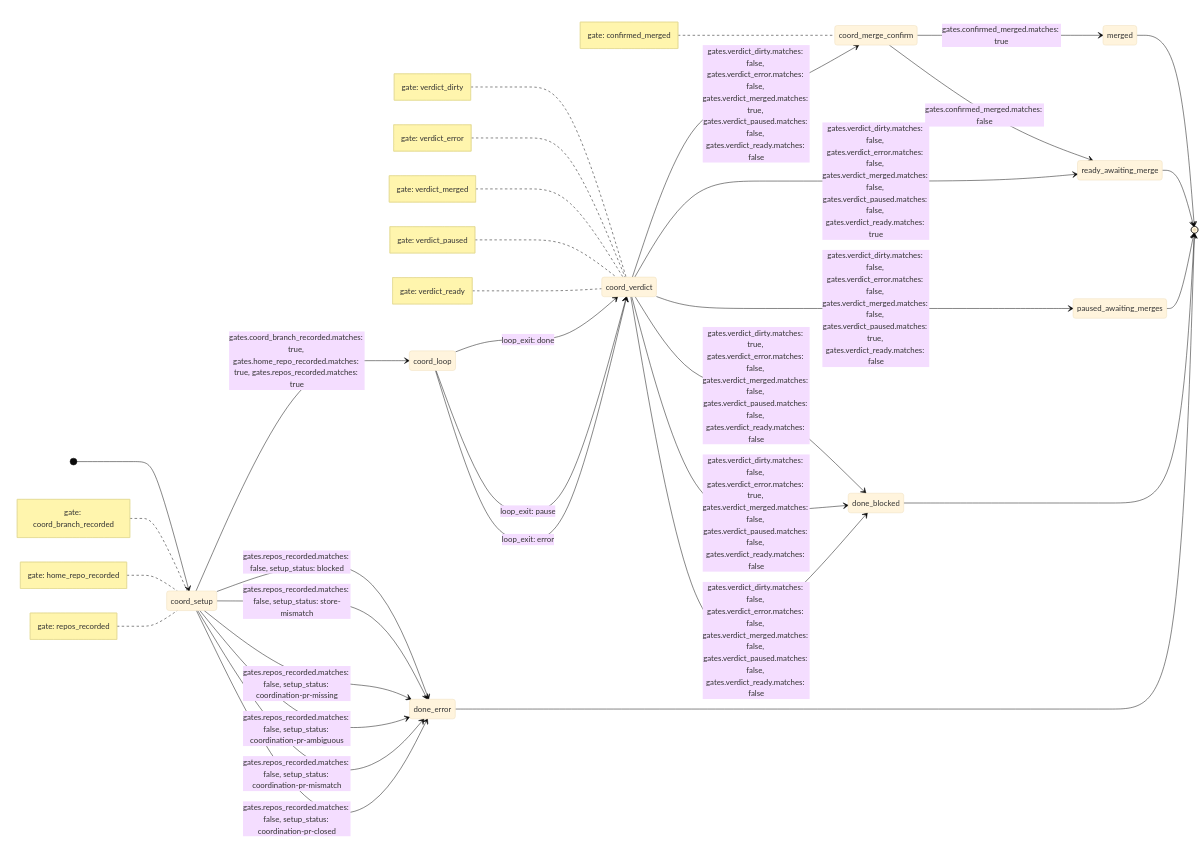
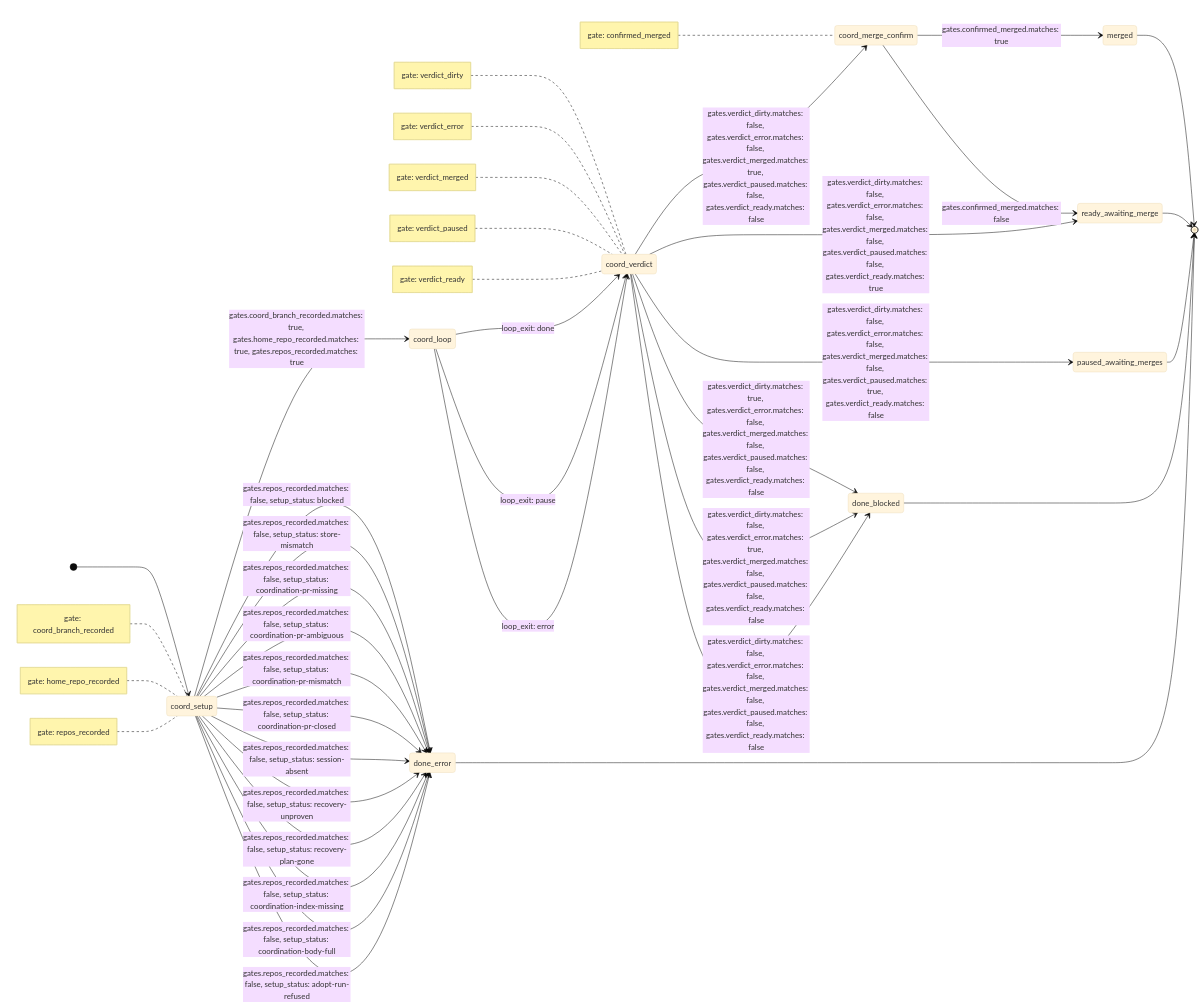
Before and after one commit to tsukumogami/shirabe: the diagram in skills/execute/koto-templates/execute-coordinated.mermaid.md, drawn with Mermaid (base theme). The commit also changed 1 other file, not shown here.

Commit message:
fix(execute): regenerate the coordinated diagram and keep "merged" to its two meanings

````diff
--- a/skills/execute/koto-templates/execute-coordinated.mermaid.md
+++ b/skills/execute/koto-templates/execute-coordinated.mermaid.md
@@ -1,55 +1,61 @@
 ```mermaid
 stateDiagram-v2
     direction LR
     [*] --> coord_setup
     coord_loop --> coord_verdict : loop_exit: done
     coord_loop --> coord_verdict : loop_exit: pause
     coord_loop --> coord_verdict : loop_exit: error
     coord_merge_confirm --> merged : gates.confirmed_merged.matches: true
     coord_merge_confirm --> ready_awaiting_merge : gates.confirmed_merged.matches: false
     coord_setup --> coord_loop : gates.coord_branch_recorded.matches: true, gates.home_repo_recorded.matches: true, gates.repos_recorded.matches: true
     coord_setup --> done_error : gates.repos_recorded.matches: false, setup_status: blocked
     coord_setup --> done_error : gates.repos_recorded.matches: false, setup_status: store-mismatch
     coord_setup --> done_error : gates.repos_recorded.matches: false, setup_status: coordination-pr-missing
     coord_setup --> done_error : gates.repos_recorded.matches: false, setup_status: coordination-pr-ambiguous
     coord_setup --> done_error : gates.repos_recorded.matches: false, setup_status: coordination-pr-mismatch
     coord_setup --> done_error : gates.repos_recorded.matches: false, setup_status: coordination-pr-closed
+    coord_setup --> done_error : gates.repos_recorded.matches: false, setup_status: session-absent
+    coord_setup --> done_error : gates.repos_recorded.matches: false, setup_status: recovery-unproven
+    coord_setup --> done_error : gates.repos_recorded.matches: false, setup_status: recovery-plan-gone
+    coord_setup --> done_error : gates.repos_recorded.matches: false, setup_status: coordination-index-missing
+    coord_setup --> done_error : gates.repos_recorded.matches: false, setup_status: coordination-body-full
+    coord_setup --> done_error : gates.repos_recorded.matches: false, setup_status: adopt-run-refused
     coord_verdict --> coord_merge_confirm : gates.verdict_dirty.matches: false, gates.verdict_error.matches: false, gates.verdict_merged.matches: true, gates.verdict_paused.matches: false, gates.verdict_ready.matches: false
     coord_verdict --> ready_awaiting_merge : gates.verdict_dirty.matches: false, gates.verdict_error.matches: false, gates.verdict_merged.matches: false, gates.verdict_paused.matches: false, gates.verdict_ready.matches: true
     coord_verdict --> paused_awaiting_merges : gates.verdict_dirty.matches: false, gates.verdict_error.matches: false, gates.verdict_merged.matches: false, gates.verdict_paused.matches: true, gates.verdict_ready.matches: false
     coord_verdict --> done_blocked : gates.verdict_dirty.matches: true, gates.verdict_error.matches: false, gates.verdict_merged.matches: false, gates.verdict_paused.matches: false, gates.verdict_ready.matches: false
     coord_verdict --> done_blocked : gates.verdict_dirty.matches: false, gates.verdict_error.matches: true, gates.verdict_merged.matches: false, gates.verdict_paused.matches: false, gates.verdict_ready.matches: false
     coord_verdict --> done_blocked : gates.verdict_dirty.matches: false, gates.verdict_error.matches: false, gates.verdict_merged.matches: false, gates.verdict_paused.matches: false, gates.verdict_ready.matches: false
     done_blocked --> [*]
     done_error --> [*]
     merged --> [*]
     paused_awaiting_merges --> [*]
     ready_awaiting_merge --> [*]
     note left of coord_merge_confirm
         gate: confirmed_merged
     end note
     note left of coord_setup
         gate: coord_branch_recorded
     end note
     note left of coord_setup
         gate: home_repo_recorded
     end note
     note left of coord_setup
         gate: repos_recorded
     end note
     note left of coord_verdict
         gate: verdict_dirty
     end note
     note left of coord_verdict
         gate: verdict_error
     end note
     note left of coord_verdict
         gate: verdict_merged
     end note
     note left of coord_verdict
         gate: verdict_paused
     end note
     note left of coord_verdict
         gate: verdict_ready
     end note
 ```
````
